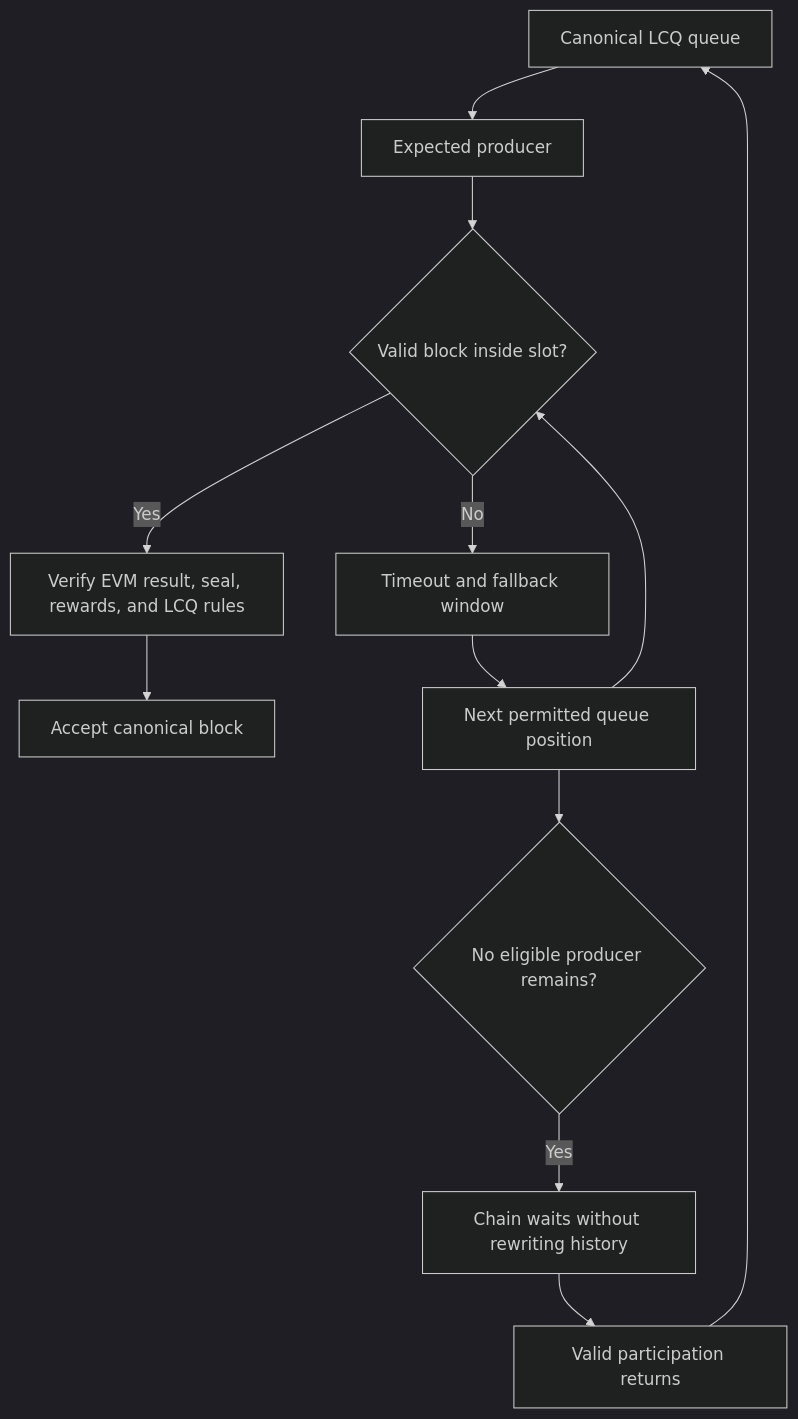
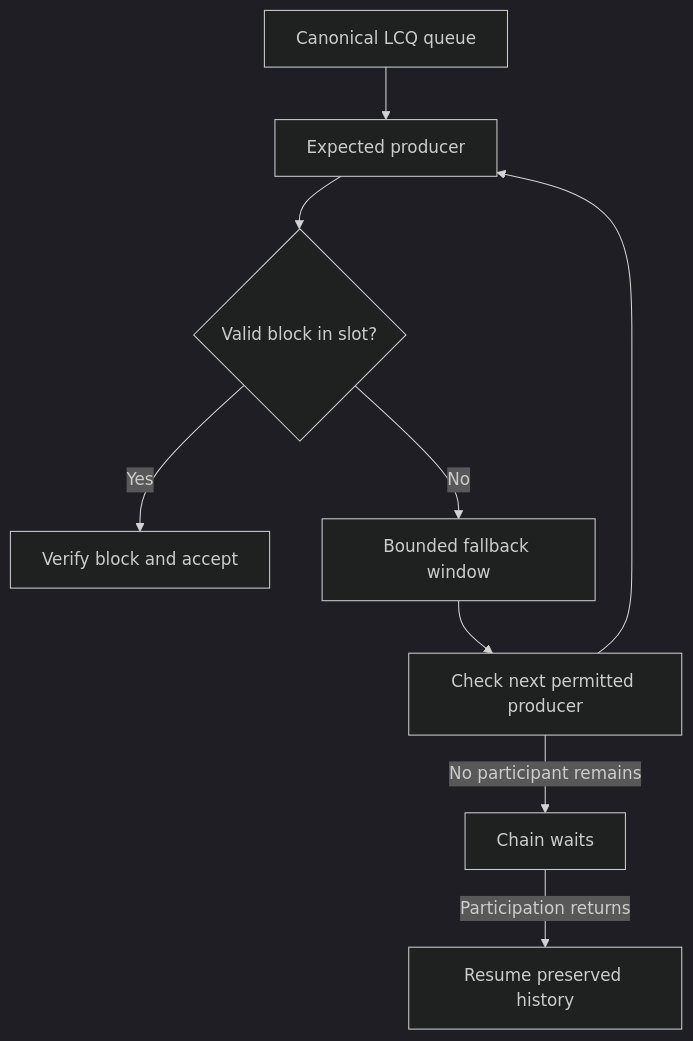
Before and after one commit to rabbitmainnet/rabbit-chain-whitepaper: the diagram in assets/diagrams/lcq-liveness-flow.mmd, drawn with Mermaid (dark theme). The commit also changed 5 other files, not shown here.

Commit message:
docs: replace diagrams with responsive Mermaid flows

```diff
--- a/assets/diagrams/lcq-liveness-flow.mmd
+++ b/assets/diagrams/lcq-liveness-flow.mmd
@@ -1,12 +1,9 @@
 flowchart TD
     A[Canonical LCQ queue] --> B[Expected producer]
-    B --> C{Valid block inside slot?}
-    C -- Yes --> D[Verify EVM result, seal, rewards, and LCQ rules]
-    D --> E[Accept canonical block]
-    C -- No --> F[Timeout and fallback window]
-    F --> G[Next permitted queue position]
-    G --> C
-    G --> H{No eligible producer remains?}
-    H -- Yes --> I[Chain waits without rewriting history]
-    I --> J[Valid participation returns]
-    J --> A
+    B --> C{Valid block in slot?}
+    C -->|Yes| D[Verify block and accept]
+    C -->|No| E[Bounded fallback window]
+    E --> F[Check next permitted producer]
+    F --> B
+    F -->|No participant remains| G[Chain waits]
+    G -->|Participation returns| H[Resume preserved history]
```
